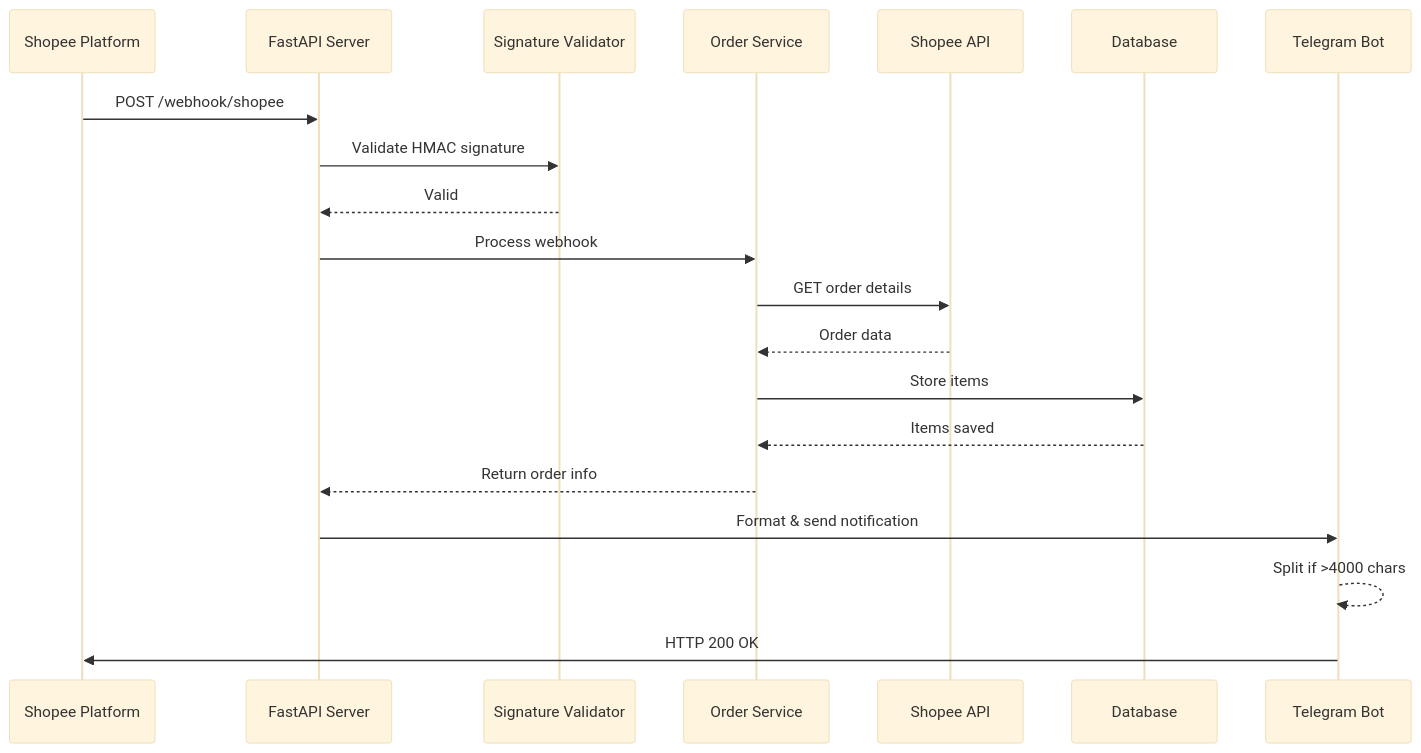
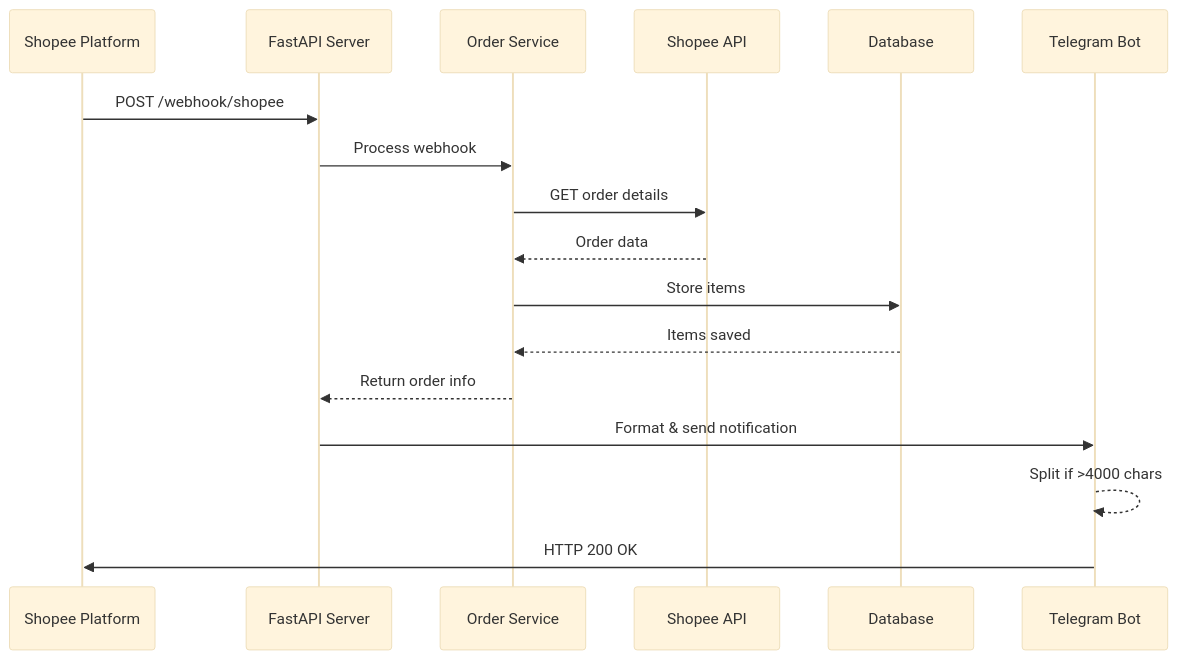
The second of 3 diagrams in README.md (xKeNcHii/shopee-webhook-receiver), drawn with Mermaid (base theme) before and after one commit. The commit also changed other lines of this file, not shown here.

First line of the commit message:
Add signature validation disclaimer and update event code documentation

````diff
--- a/README.md
+++ b/README.md
@@ -44,26 +57,22 @@
 ```mermaid
 sequenceDiagram
     participant Shopee as Shopee Platform
     participant API as FastAPI Server
-    participant Validator as Signature Validator
     participant OrderService as Order Service
     participant ShopeeAPI as Shopee API
     participant DB as Database
     participant Telegram as Telegram Bot
 
     Shopee->>API: POST /webhook/shopee
-    API->>Validator: Validate HMAC signature
-    Validator-->>API: Valid
-
     API->>OrderService: Process webhook
     OrderService->>ShopeeAPI: GET order details
     ShopeeAPI-->>OrderService: Order data
 
     OrderService->>DB: Store items
     DB-->>OrderService: Items saved
 
     OrderService-->>API: Return order info
     API->>Telegram: Format & send notification
     Telegram-->>Telegram: Split if >4000 chars
     Telegram->>Shopee: HTTP 200 OK
 ```
````
